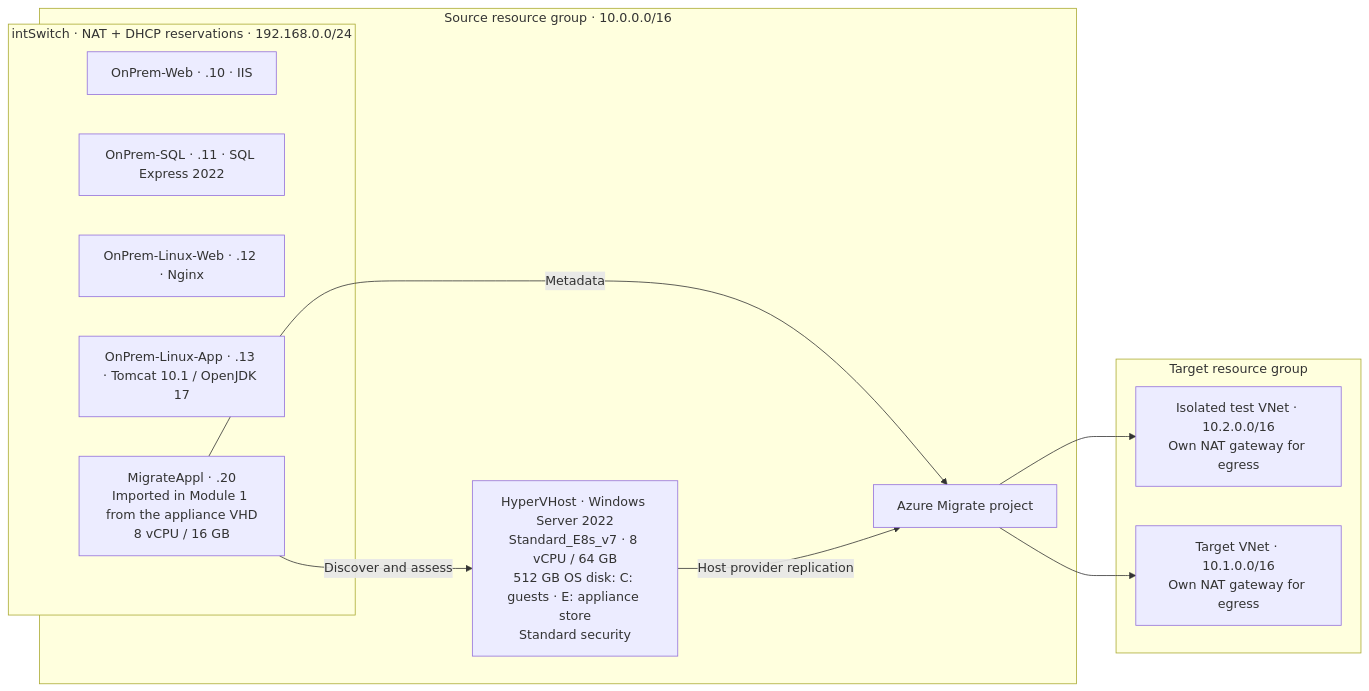
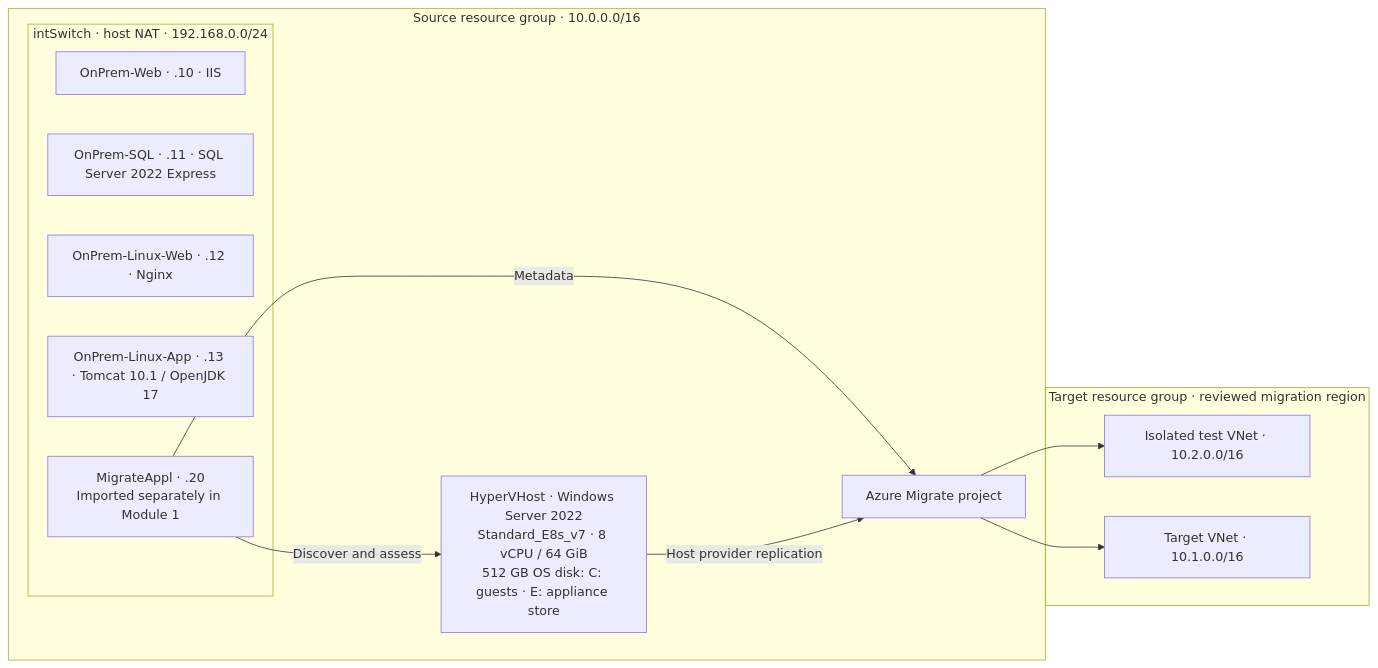
One commit to JBibbs19/azure-migrate-workshop changed the diagram in README.md. Above: the diagram before and after it, drawn with Mermaid. The commit also changed other lines of this file and 9 other files, not shown here.

````diff
--- a/README.md
+++ b/README.md
@@ -327,23 +41,23 @@
 ```mermaid
 flowchart LR
   subgraph Source["Source resource group · 10.0.0.0/16"]
-    Host["HyperVHost · Windows Server 2022\nStandard_E8s_v7 · 8 vCPU / 64 GB\n512 GB OS disk: C: guests · E: appliance store\nStandard security"]
-    subgraph Nested["intSwitch · NAT + DHCP reservations · 192.168.0.0/24"]
+    Host["HyperVHost · Windows Server 2022\nStandard_E8s_v7 · 8 vCPU / 64 GiB\n512 GB OS disk: C: guests · E: appliance store"]
+    subgraph Nested["intSwitch · host NAT · 192.168.0.0/24"]
       IIS["OnPrem-Web · .10 · IIS"]
-      SQL["OnPrem-SQL · .11 · SQL Express 2022"]
+      SQL["OnPrem-SQL · .11 · SQL Server 2022 Express"]
       Nginx["OnPrem-Linux-Web · .12 · Nginx"]
       App["OnPrem-Linux-App · .13 · Tomcat 10.1 / OpenJDK 17"]
-      Appliance["MigrateAppl · .20\nImported in Module 1 from the appliance VHD\n8 vCPU / 16 GB"]
+      Appliance["MigrateAppl · .20\nImported separately in Module 1"]
     end
     Project["Azure Migrate project"]
     Appliance -->|Discover and assess| Host
     Appliance -->|Metadata| Project
   end
-  subgraph Destination["Target resource group"]
-    Test["Isolated test VNet · 10.2.0.0/16\nOwn NAT gateway for egress"]
-    Target["Target VNet · 10.1.0.0/16\nOwn NAT gateway for egress"]
+  subgraph Destination["Target resource group · reviewed migration region"]
+    Test["Isolated test VNet · 10.2.0.0/16"]
+    Target["Target VNet · 10.1.0.0/16"]
   end
   Host -->|Host provider replication| Project
   Project --> Test
   Project --> Target
 ```
````
